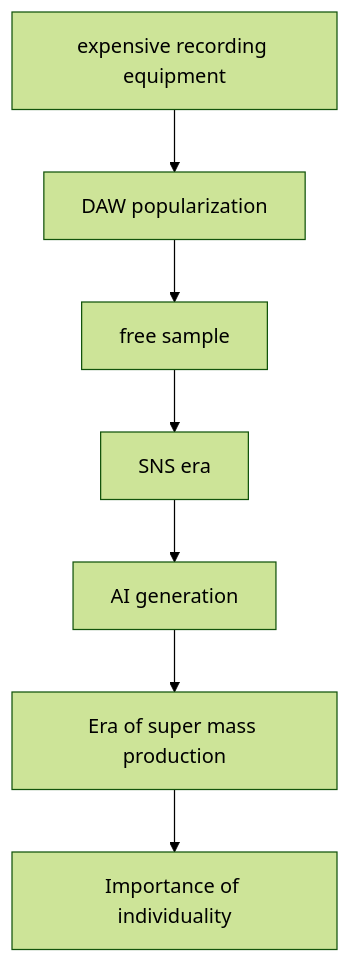
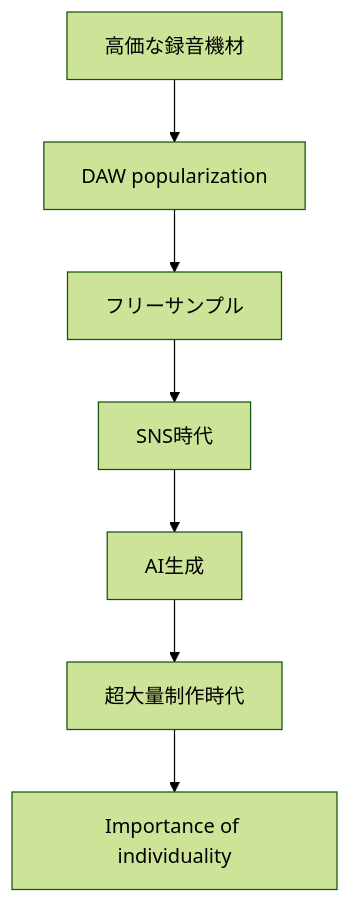
Before and after one commit to monumental-movement/monumental-movement.github.io: the eighth of 8 diagrams in en/_posts/2026-05-24-column-free-sample-music.md, drawn with Mermaid (forest theme). The commit also changed other lines of this file and 2196 other files, not shown here.

```diff
--- a/en/_posts/2026-05-24-column-free-sample-music.md
+++ b/en/_posts/2026-05-24-column-free-sample-music.md
@@ -627,9 +626,9 @@
 <div class="mermaid">
 graph TD
-A[expensive recording equipment] --> B[DAW popularization]
-B --> C[free sample]
-C --> D[SNS era]
-D --> E[AI generation]
-E --> F[Era of super mass production]
+A[高価な録音機材] --> B[DAW popularization]
+B --> C[フリーサンプル]
+C --> D[SNS時代]
+D --> E[AI生成]
+E --> F[超大量制作時代]
 F --> G[Importance of individuality]
 </div>
```
